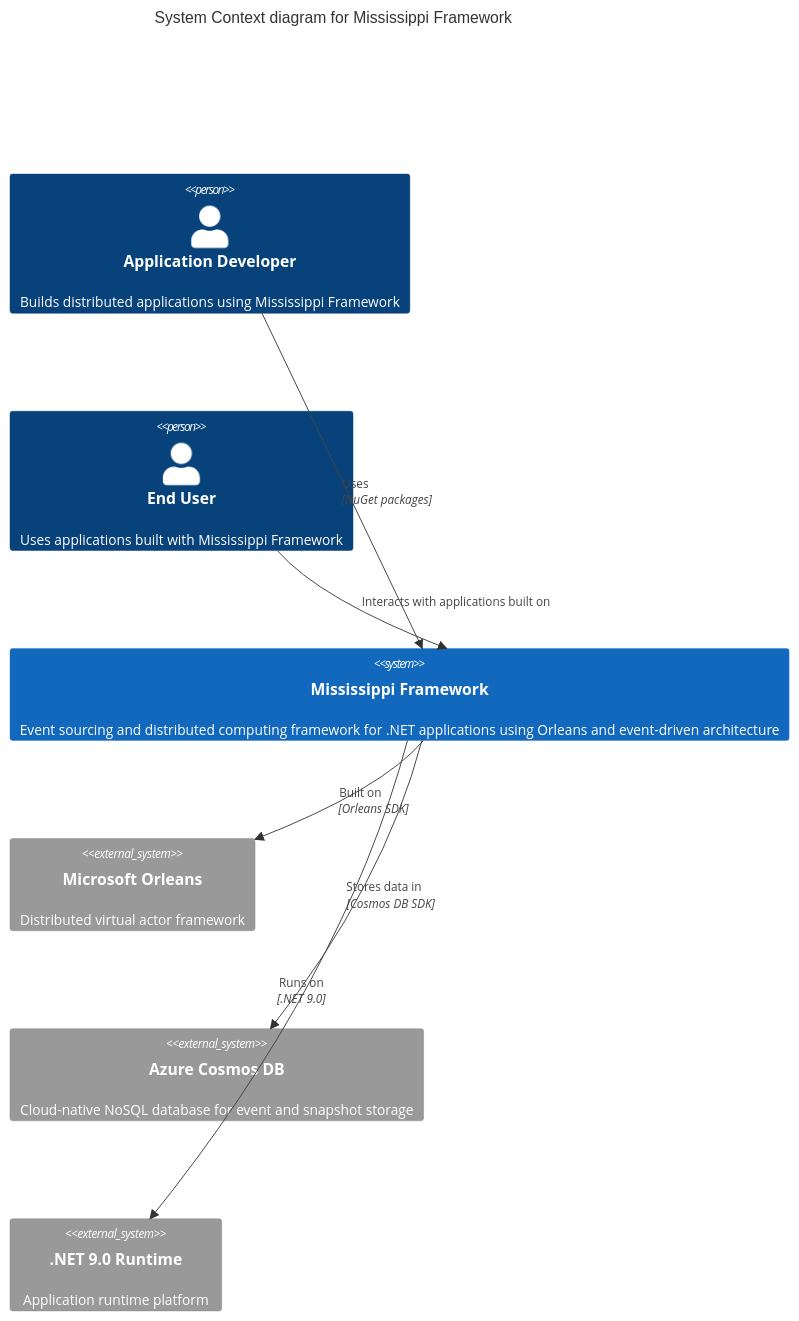
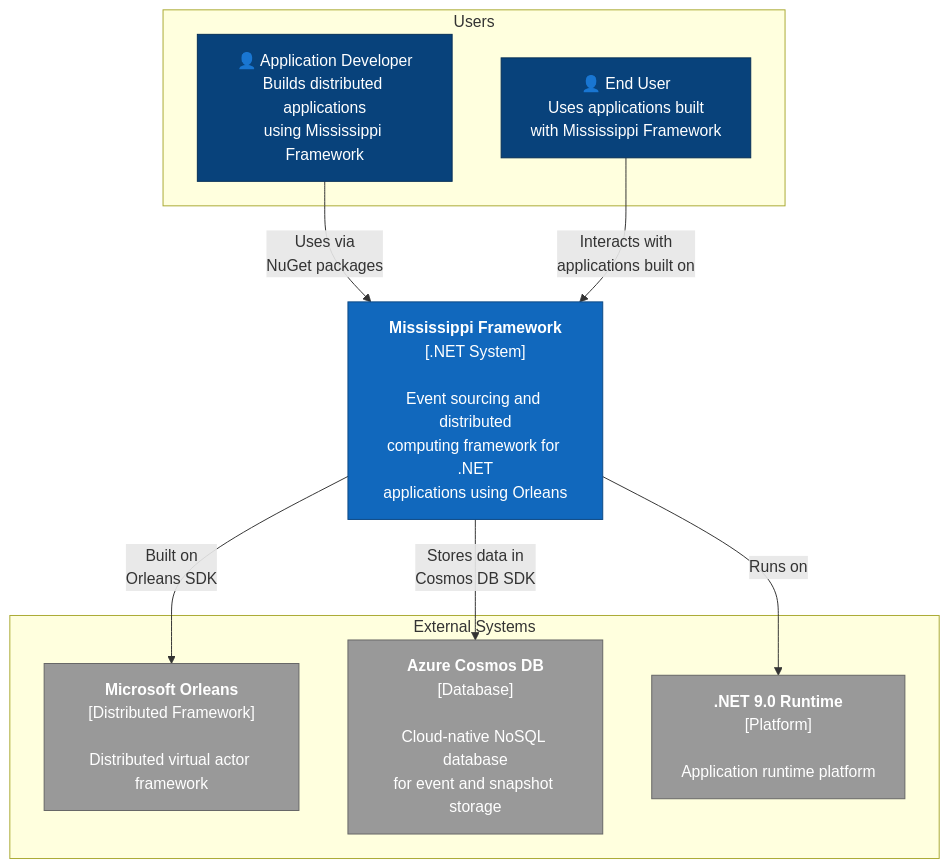
The diagram in architecture/c1-system-context.md (Gibbs-Morris/mississippi), drawn with Mermaid before and after one commit. The commit also changed 2 other files, not shown here.

Commit message:
Fix Mermaid diagram syntax to use valid Mermaid flowchart format
- Replaced invalid C4Context/C4Container/C4Component syntax with valid Mermaid graph TB syntax
- All diagrams now use standard Mermaid flowchart notation
- Added proper styling with classDef for visual differentiation
- C1, C2, and C3 diagrams now render correctly on GitHub

````diff
--- a/architecture/c1-system-context.md
+++ b/architecture/c1-system-context.md
@@ -5,21 +5,29 @@
 ```mermaid
-C4Context
-    title System Context diagram for Mississippi Framework
-
-    Person(developer, "Application Developer", "Builds distributed applications using Mississippi Framework")
-    Person(endUser, "End User", "Uses applications built with Mississippi Framework")
+graph TB
+    subgraph Users
+        Developer["👤 Application Developer<br/>Builds distributed applications<br/>using Mississippi Framework"]
+        EndUser["👤 End User<br/>Uses applications built<br/>with Mississippi Framework"]
+    end
     
-    System(mississippi, "Mississippi Framework", "Event sourcing and distributed computing framework for .NET applications using Orleans and event-driven architecture")
+    Mississippi["<b>Mississippi Framework</b><br/>[.NET System]<br/><br/>Event sourcing and distributed<br/>computing framework for .NET<br/>applications using Orleans"]
     
-    System_Ext(orleans, "Microsoft Orleans", "Distributed virtual actor framework")
-    System_Ext(cosmos, "Azure Cosmos DB", "Cloud-native NoSQL database for event and snapshot storage")
-    System_Ext(dotnet, ".NET 9.0 Runtime", "Application runtime platform")
+    subgraph "External Systems"
+        Orleans["<b>Microsoft Orleans</b><br/>[Distributed Framework]<br/><br/>Distributed virtual actor framework"]
+        Cosmos["<b>Azure Cosmos DB</b><br/>[Database]<br/><br/>Cloud-native NoSQL database<br/>for event and snapshot storage"]
+        DotNet["<b>.NET 9.0 Runtime</b><br/>[Platform]<br/><br/>Application runtime platform"]
+    end
     
-    Rel(developer, mississippi, "Uses", "NuGet packages")
-    Rel(mississippi, orleans, "Built on", "Orleans SDK")
-    Rel(mississippi, cosmos, "Stores data in", "Cosmos DB SDK")
-    Rel(mississippi, dotnet, "Runs on", ".NET 9.0")
-    Rel(endUser, mississippi, "Interacts with applications built on")
+    Developer -->|Uses via<br/>NuGet packages| Mississippi
+    EndUser -->|Interacts with<br/>applications built on| Mississippi
+    Mississippi -->|Built on<br/>Orleans SDK| Orleans
+    Mississippi -->|Stores data in<br/>Cosmos DB SDK| Cosmos
+    Mississippi -->|Runs on| DotNet
     
-    UpdateLayoutConfig($c4ShapeInRow="3", $c4BoundaryInRow="1")
+    classDef person fill:#08427B,stroke:#052E56,color:#fff
+    classDef system fill:#1168BD,stroke:#0B4884,color:#fff
+    classDef external fill:#999,stroke:#666,color:#fff
+    
+    class Developer,EndUser person
+    class Mississippi system
+    class Orleans,Cosmos,DotNet external
 ```
````
